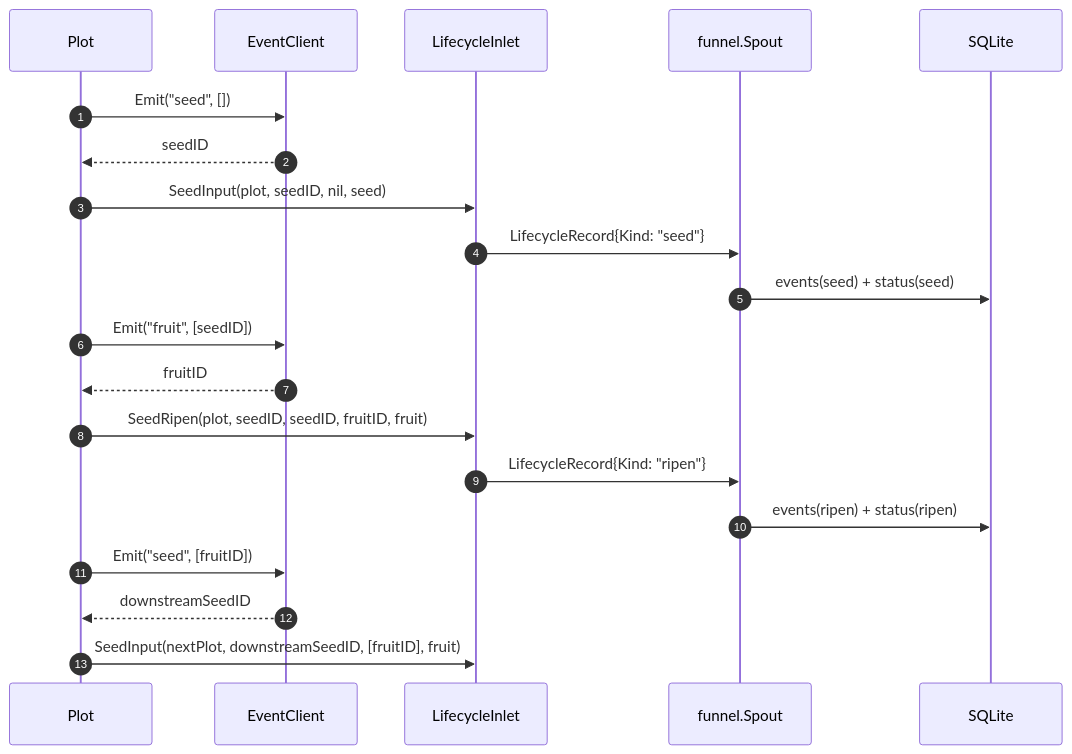
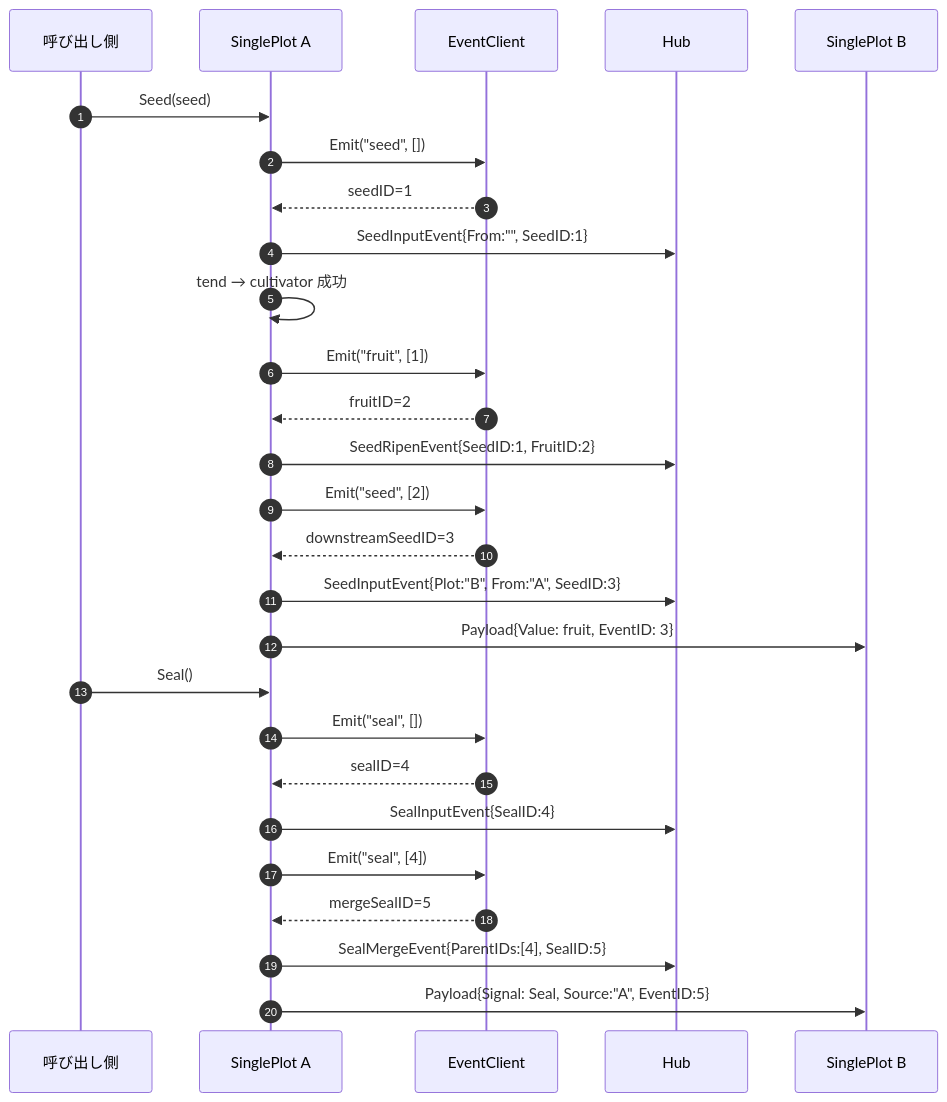
The third of 4 diagrams in docs/ja/pkg/runtime/event.md (Mr-xiaotian/CelestialGrow), drawn with Mermaid before and after one commit. The commit also changed other lines of this file and 103 other files, not shown here.

````diff
--- a/docs/ja/pkg/runtime/event.md
+++ b/docs/ja/pkg/runtime/event.md
@@ -117,25 +132,30 @@
 ```mermaid
 sequenceDiagram
     autonumber
-    participant Plot as Plot
+    participant Caller as 呼び出し側
+    participant A as SinglePlot A
     participant EC as EventClient
-    participant LI as LifecycleInlet
-    participant Spout as funnel.Spout
-    participant DB as SQLite
+    participant Hub as Hub
+    participant B as SinglePlot B
 
-    Plot->>EC: Emit("seed", [])
-    EC-->>Plot: seedID
-    Plot->>LI: SeedInput(plot, seedID, nil, seed)
-    LI->>Spout: LifecycleRecord{Kind: "seed"}
-    Spout->>DB: events(seed) + status(seed)
-
-    Plot->>EC: Emit("fruit", [seedID])
-    EC-->>Plot: fruitID
-    Plot->>LI: SeedRipen(plot, seedID, seedID, fruitID, fruit)
-    LI->>Spout: LifecycleRecord{Kind: "ripen"}
-    Spout->>DB: events(ripen) + status(ripen)
-
-    Plot->>EC: Emit("seed", [fruitID])
-    EC-->>Plot: downstreamSeedID
-    Plot->>LI: SeedInput(nextPlot, downstreamSeedID, [fruitID], fruit)
+    Caller->>A: Seed(seed)
+    A->>EC: Emit("seed", [])
+    EC-->>A: seedID=1
+    A->>Hub: SeedInputEvent{From:"", SeedID:1}
+    A->>A: tend → cultivator 成功
+    A->>EC: Emit("fruit", [1])
+    EC-->>A: fruitID=2
+    A->>Hub: SeedRipenEvent{SeedID:1, FruitID:2}
+    A->>EC: Emit("seed", [2])
+    EC-->>A: downstreamSeedID=3
+    A->>Hub: SeedInputEvent{Plot:"B", From:"A", SeedID:3}
+    A->>B: Payload{Value: fruit, EventID: 3}
+    Caller->>A: Seal()
+    A->>EC: Emit("seal", [])
+    EC-->>A: sealID=4
+    A->>Hub: SealInputEvent{SealID:4}
+    A->>EC: Emit("seal", [4])
+    EC-->>A: mergeSealID=5
+    A->>Hub: SealMergeEvent{ParentIDs:[4], SealID:5}
+    A->>B: Payload{Signal: Seal, Source:"A", EventID:5}
 ```
````
